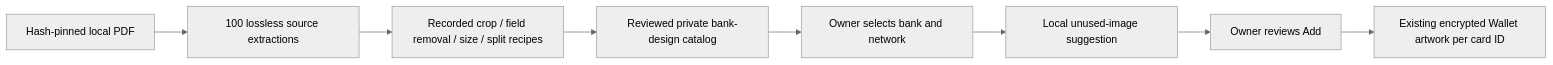
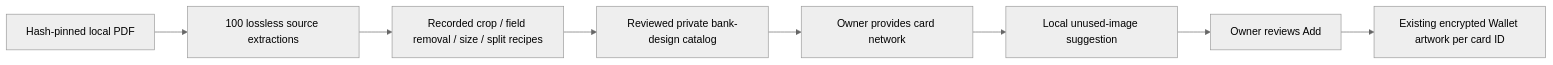
One commit to hushh-labs/hushh-research changed the diagram in docs/reference/one/wallet-card-atlas.md. Above: the diagram before and after it, drawn with Mermaid (neutral theme). The commit also changed other lines of this file and 94 other files, not shown here.

````diff
--- a/docs/reference/one/wallet-card-atlas.md
+++ b/docs/reference/one/wallet-card-atlas.md
@@ -5,10 +5,10 @@
 ```mermaid
 flowchart LR
   pdf[Hash-pinned local PDF] --> originals[100 lossless source extractions]
   originals --> review[Recorded crop / field removal / size / split recipes]
   review --> catalog[Reviewed private bank-design catalog]
-  catalog --> bank[Owner selects bank and network]
+  catalog --> bank[Owner provides card network]
   bank --> choice[Local unused-image suggestion]
   choice --> confirm[Owner reviews Add]
   confirm --> wallet[Existing encrypted Wallet artwork per card ID]
 ```
````
